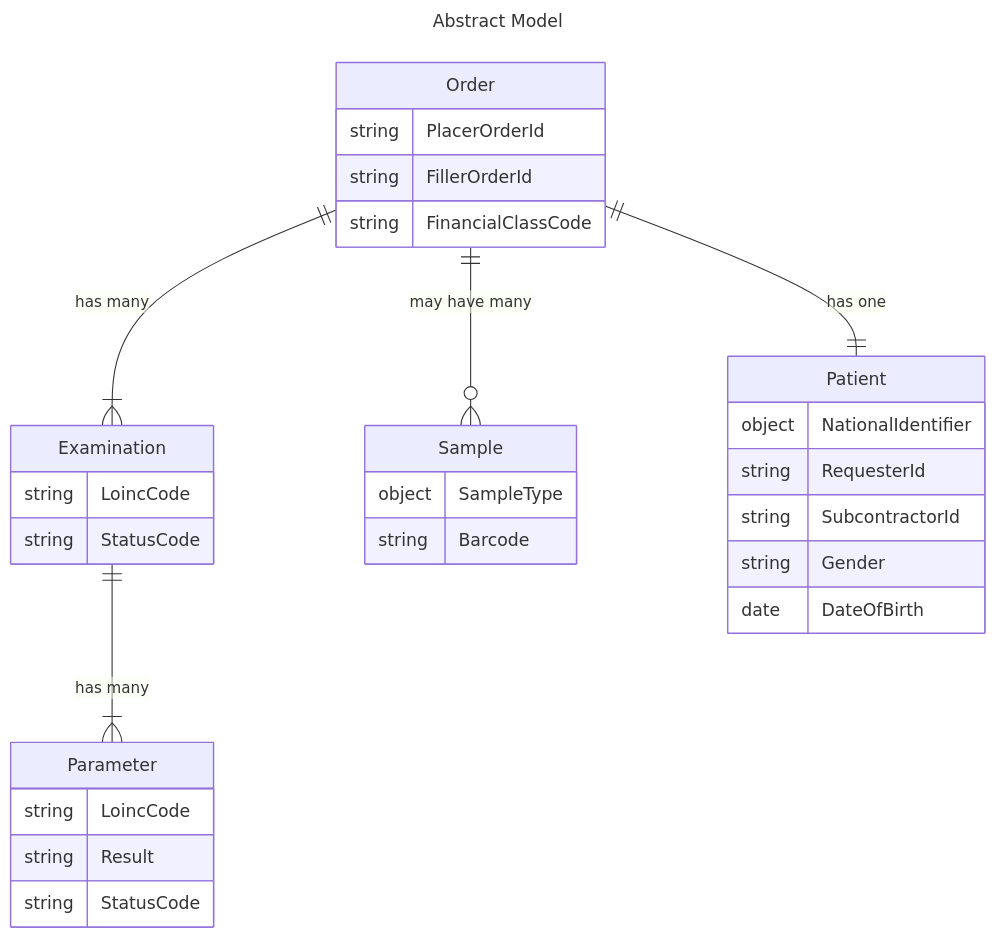
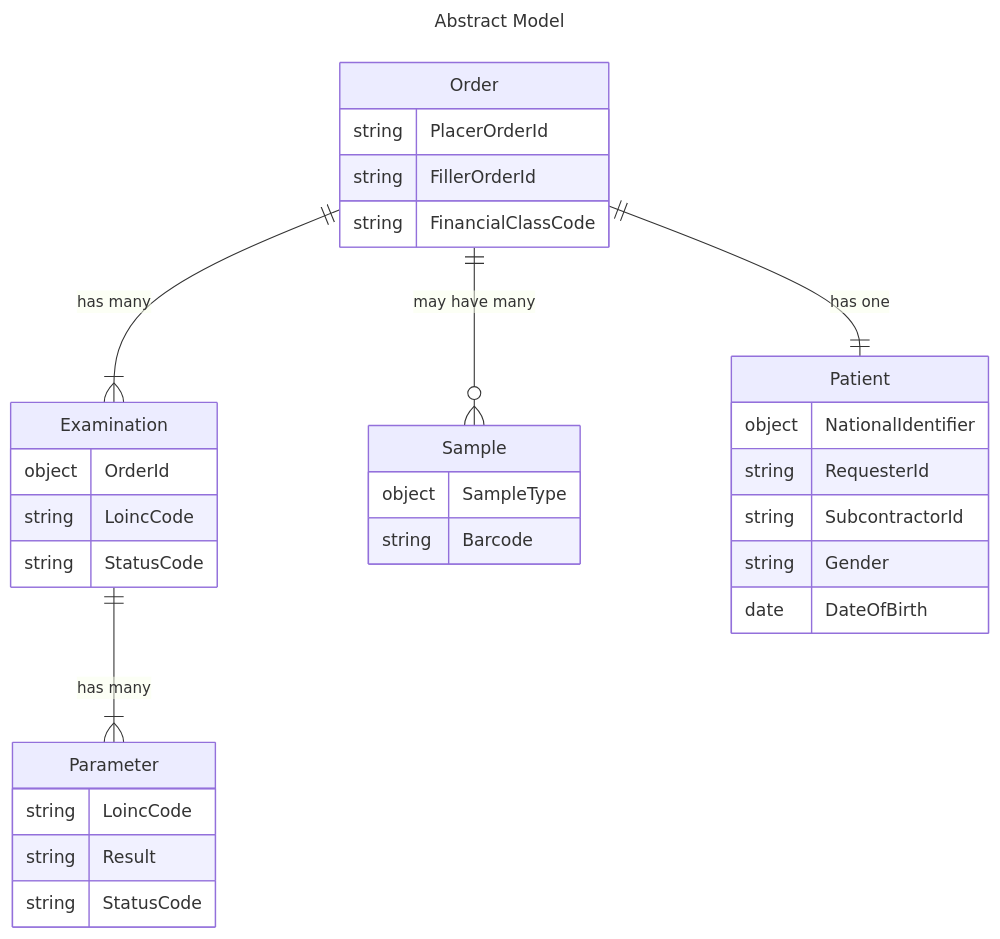
Before and after one commit to SKYWARE-Group/Hl7Demo: the diagram in docs/model.md, drawn with Mermaid. The commit also changed 1 other file, not shown here.

````diff
--- a/docs/model.md
+++ b/docs/model.md
@@ -5,35 +5,36 @@
 ```mermaid
 ---
 title: Abstract Model
 ---
 erDiagram
     Order {
         string PlacerOrderId
         string FillerOrderId
         string FinancialClassCode
     }
     Examination {
+        object OrderId
         string LoincCode
         string StatusCode
     }
     Parameter {
         string LoincCode
         string Result
         string StatusCode
     }
     Sample {
         object SampleType
         string Barcode
     }
     Patient {
         object NationalIdentifier
         string RequesterId
         string SubcontractorId
         string Gender
         date DateOfBirth
     }
     Order ||--|| Patient : "has one"
     Order ||--o{ Sample : "may have many"
     Order ||--|{ Examination : "has many"
     Examination ||--|{ Parameter : "has many"
 ```
````
